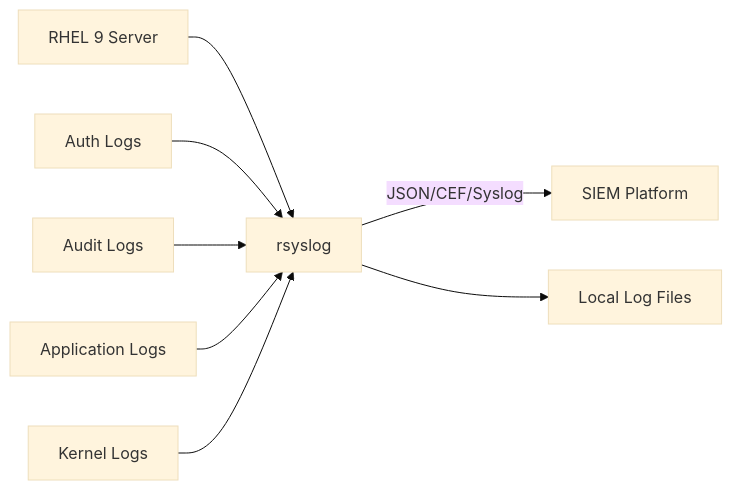
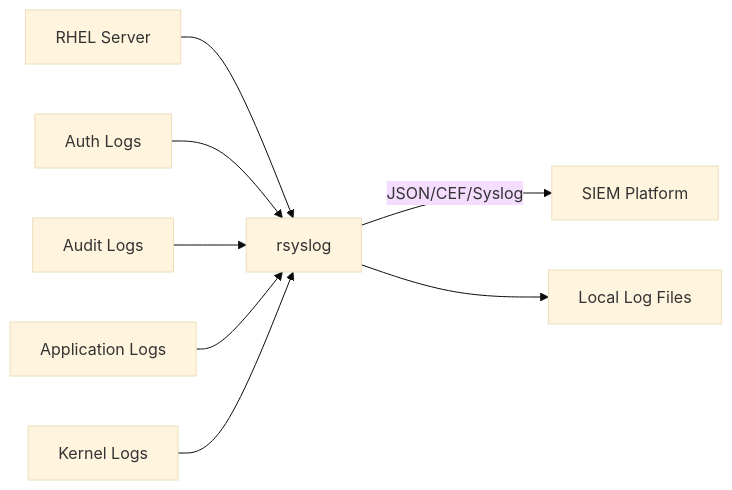
Before and after one commit to OneUptime/blog: the diagram in posts/2026-03-04-ship-logs-siem-rsyslog-rhel-9/README.md, drawn with Mermaid (base theme). The commit also changed other lines of this file and 4866 other files, not shown here.

````diff
--- a/posts/2026-03-04-ship-logs-siem-rsyslog-rhel-9/README.md
+++ b/posts/2026-03-04-ship-logs-siem-rsyslog-rhel-9/README.md
@@ -15,10 +15,10 @@
 ```mermaid
 graph LR
-    A[RHEL 9 Server] --> B[rsyslog]
+    A[RHEL Server] --> B[rsyslog]
     B -->|JSON/CEF/Syslog| C[SIEM Platform]
     B --> D[Local Log Files]
     E[Auth Logs] --> B
     F[Audit Logs] --> B
     G[Application Logs] --> B
     H[Kernel Logs] --> B
 ```
````
